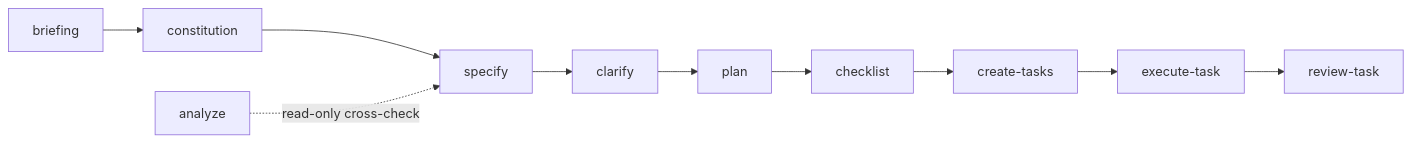
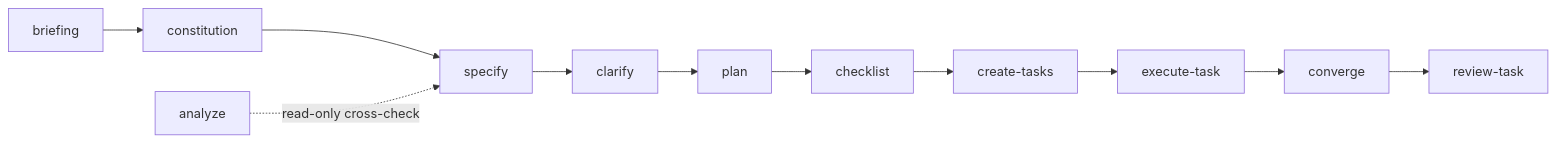
The second of 3 diagrams in CONTRIBUTING.md (JotJunior/cstk), drawn with Mermaid before and after one commit. The commit also changed 23 other files, not shown here.

````diff
--- a/CONTRIBUTING.md
+++ b/CONTRIBUTING.md
@@ -59,6 +59,6 @@
 ```mermaid
 flowchart LR
     briefing --> constitution --> specify --> clarify --> plan
-    plan --> checklist --> create-tasks --> execute-task --> review-task
+    plan --> checklist --> create-tasks --> execute-task --> converge --> review-task
     analyze -. read-only cross-check .-> specify
 ```
````
